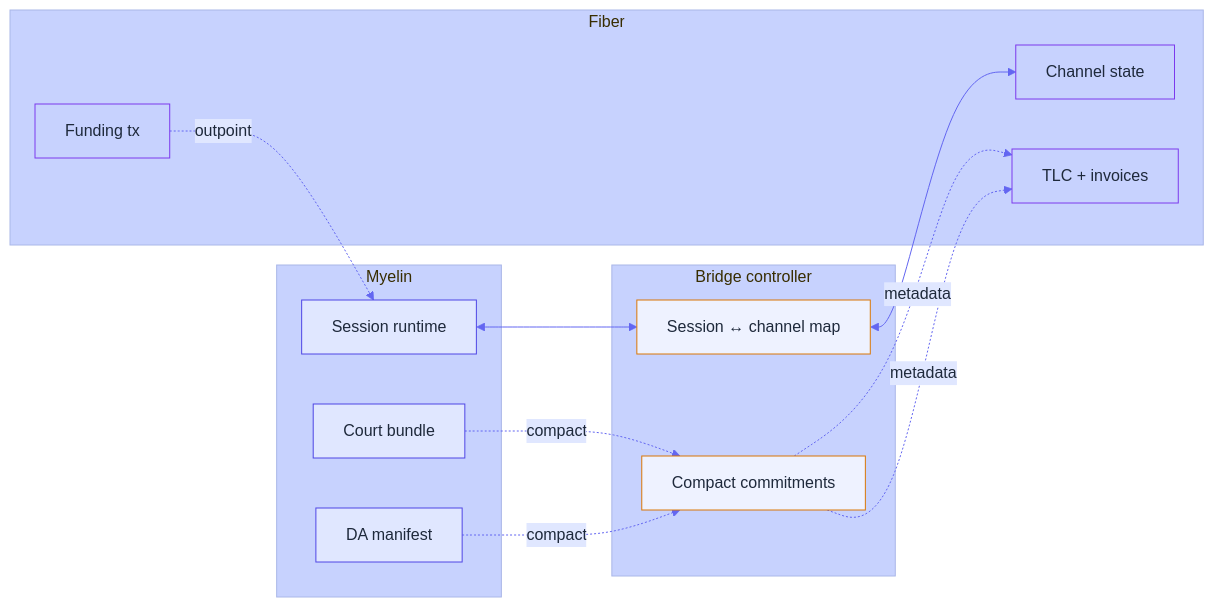
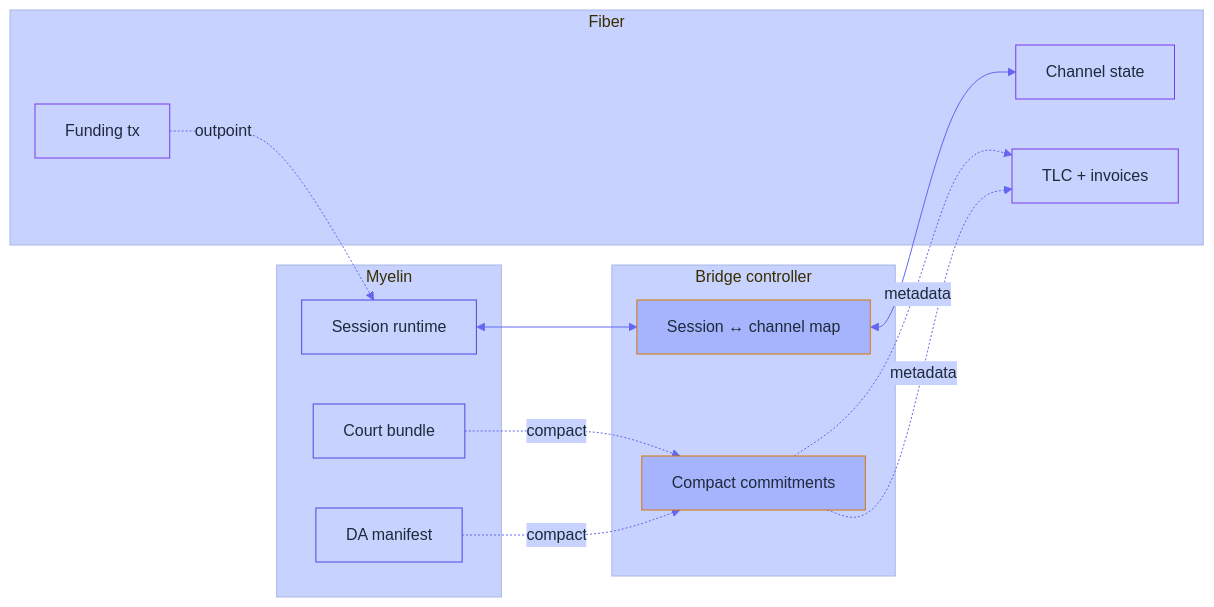
The first of 2 diagrams in docs/integrations/fiber.md (Myelin-Labs/Myelin), drawn with Mermaid before and after one commit. The commit also changed other lines of this file and 31 other files, not shown here.

````diff
--- a/docs/integrations/fiber.md
+++ b/docs/integrations/fiber.md
@@ -60,37 +60,37 @@
 ```mermaid
 %%{init: {
   "theme": "base",
   "themeVariables": {
-    "primaryColor": "#EEF2FF",
+    "primaryColor": "#A5B4FC",
     "primaryTextColor": "#1E293B",
     "primaryBorderColor": "#4F46E5",
     "lineColor": "#6366F1",
-    "secondaryColor": "#E0E7FF",
+    "secondaryColor": "#C7D2FE",
     "tertiaryColor": "#C7D2FE"
   }
 }}%%
 flowchart LR
     subgraph MY["Myelin"]
         M1["Session runtime"]:::my
         M2["Court bundle"]:::my
         M3["DA manifest"]:::my
     end
     subgraph BR["Bridge controller"]
         B1["Session ↔ channel map"]:::br
         B2["Compact commitments"]:::br
     end
     subgraph FB["Fiber"]
         F1["Channel state"]:::fb
         F2["TLC + invoices"]:::fb
         F3["Funding tx"]:::fb
     end
 
     M1 <--> B1 <--> F1
     M2 -.compact.-> B2 -.metadata.-> F2
     M3 -.compact.-> B2 -.metadata.-> F2
     F3 -.outpoint.-> M1
 
-    classDef my fill:#E0E7FF,stroke:#4F46E5,color:#1E293B;
-    classDef br fill:#EEF2FF,stroke:#D97706,color:#1E293B;
+    classDef my fill:#C7D2FE,stroke:#4F46E5,color:#1E293B;
+    classDef br fill:#A5B4FC,stroke:#D97706,color:#1E293B;
     classDef fb fill:#C7D2FE,stroke:#7C3AED,color:#1E293B;
 ```
````
